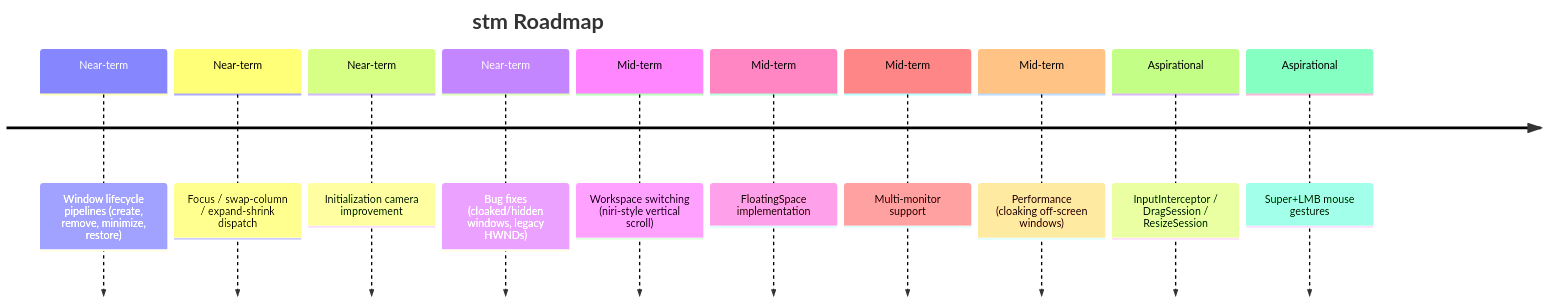
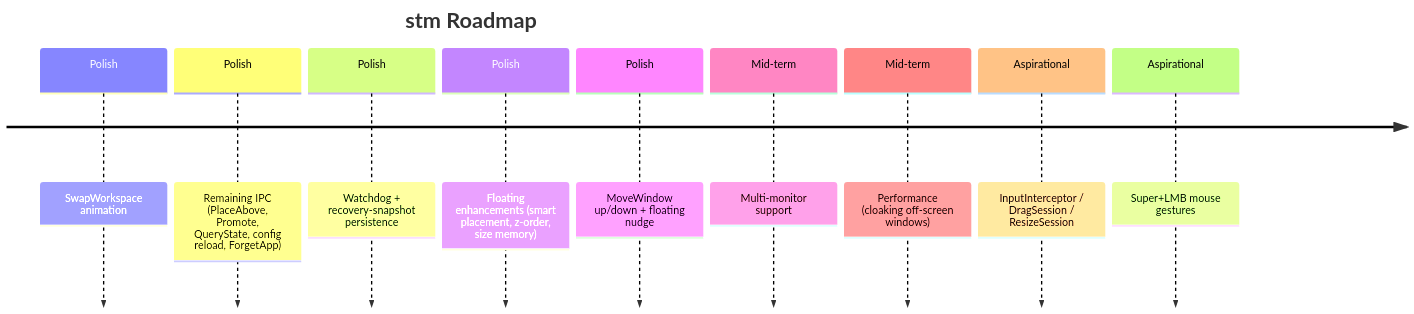
Before and after one commit to CCpcalvin/flow-wm: the diagram in docs/src/dev-guide/roadmap.md, drawn with Mermaid. The commit also changed other lines of this file and 11 other files, not shown here.

Commit message:
docs: sync roadmap and docstrings with implemented features

````diff
--- a/docs/src/dev-guide/roadmap.md
+++ b/docs/src/dev-guide/roadmap.md
@@ -8,14 +10,13 @@
 ```mermaid
 timeline
     title stm Roadmap
-    Near-term : Window lifecycle pipelines (create, remove, minimize, restore)
-    Near-term : Focus / swap-column / expand-shrink dispatch
-    Near-term : Initialization camera improvement
-    Near-term : Bug fixes (cloaked/hidden windows, legacy HWNDs)
-    Mid-term : Workspace switching (niri-style vertical scroll)
-    Mid-term : FloatingSpace implementation
+    Polish : SwapWorkspace animation
+    Polish : Remaining IPC (PlaceAbove, Promote, QueryState, config reload, ForgetApp)
+    Polish : Watchdog + recovery-snapshot persistence
+    Polish : Floating enhancements (smart placement, z-order, size memory)
+    Polish : MoveWindow up/down + floating nudge
     Mid-term : Multi-monitor support
     Mid-term : Performance (cloaking off-screen windows)
     Aspirational : InputInterceptor / DragSession / ResizeSession
     Aspirational : Super+LMB mouse gestures
 ```
````
